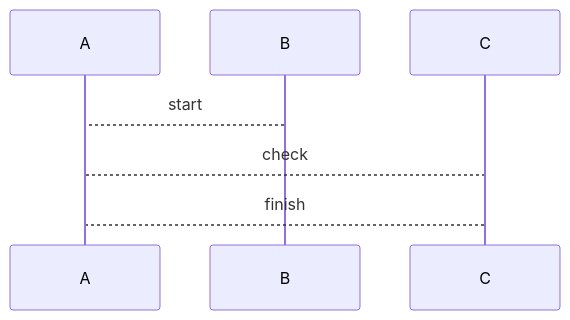
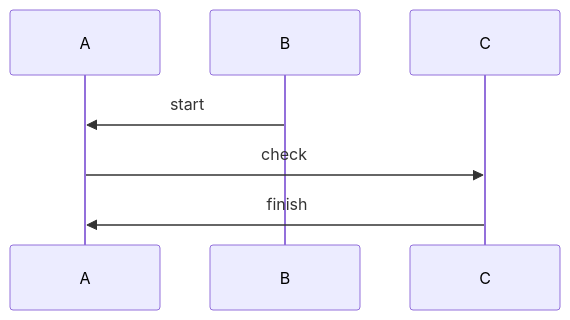
The first of 3 diagrams in README.md (bruxy70/test), drawn with Mermaid before and after one commit.

````diff
--- a/README.md
+++ b/README.md
@@ -1,9 +1,9 @@
 ```mermaid
 sequenceDiagram
   participant A
   participant B
   participant C
-  B-->A: start
-  A-->C: check
-  C-->A: finish
+  B->>A: start
+  A->>C: check
+  C->>A: finish
 ```
````
